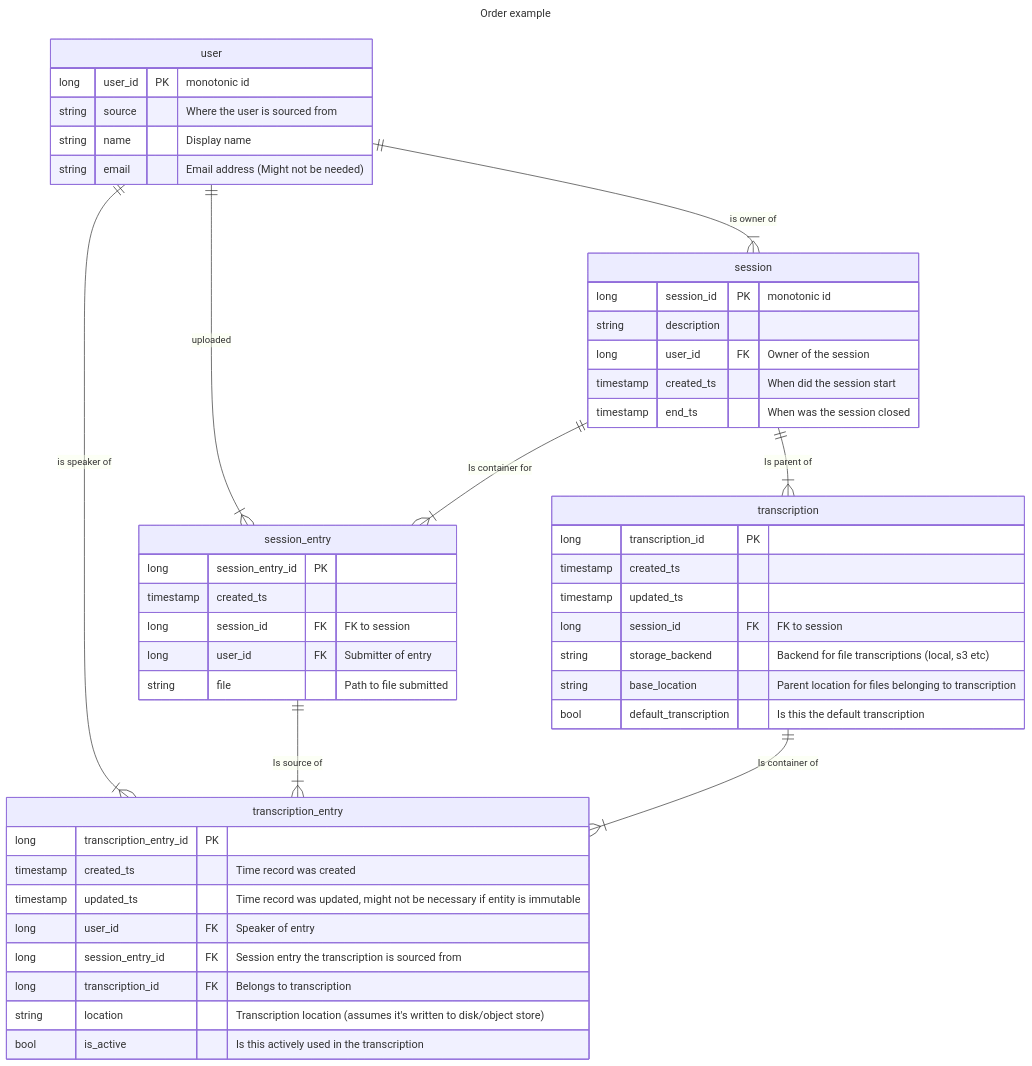
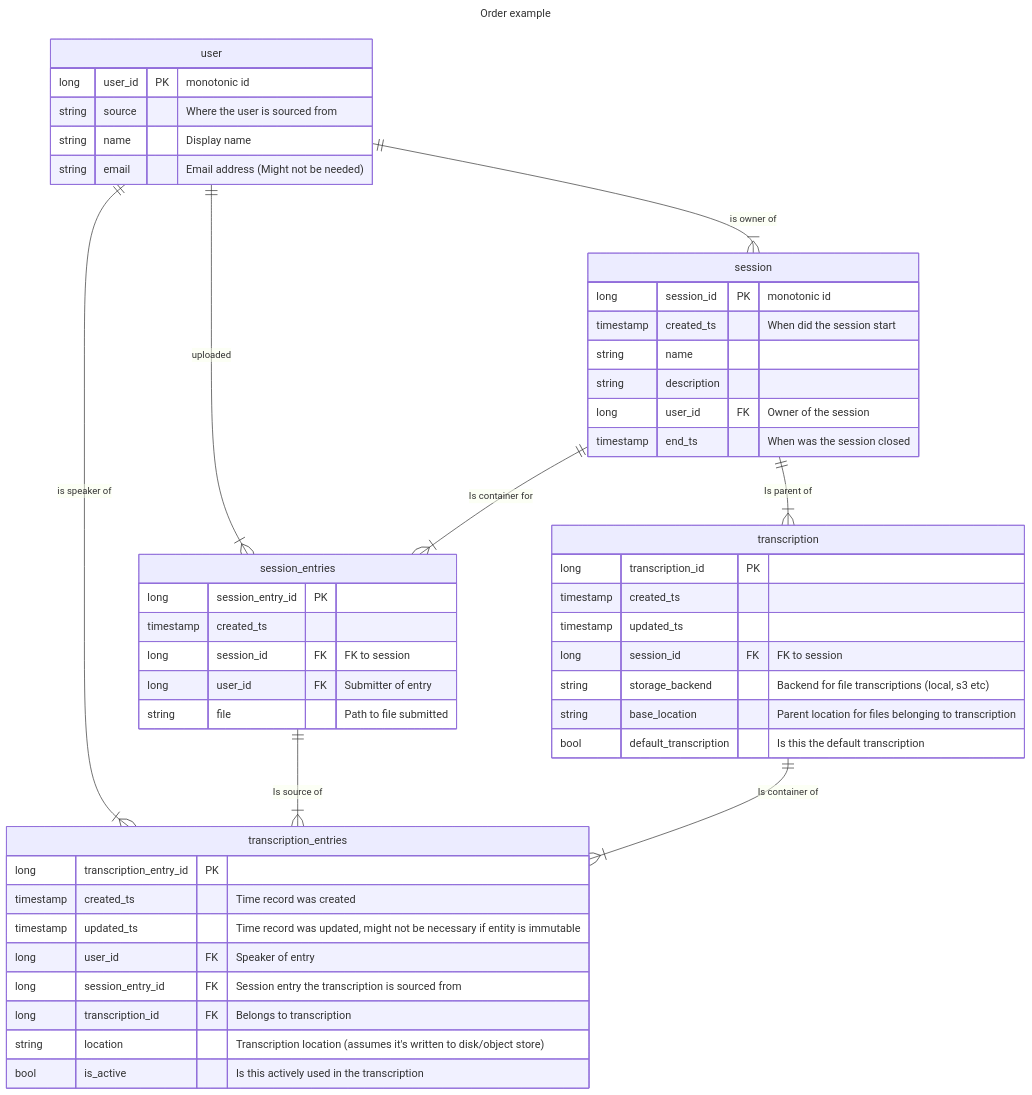
Before and after one commit to Dakarun/scribe: the first of 4 diagrams in README.md, drawn with Mermaid. The commit also changed other lines of this file and 2 other files, not shown here.

Commit message:
Update DDL

````diff
--- a/README.md
+++ b/README.md
@@ -33,60 +33,61 @@
 ```mermaid
 ---
 title: Order example
 ---
 erDiagram
     user ||--|{ session : "is owner of"
-    user ||--|{ session_entry : uploaded
-    user ||--|{ transcription_entry : "is speaker of"
+    user ||--|{ session_entries : uploaded
+    user ||--|{ transcription_entries : "is speaker of"
     
-    session ||--|{ session_entry : "Is container for"
+    session ||--|{ session_entries : "Is container for"
     session ||--|{ transcription : "Is parent of"
     
-    session_entry ||--|{ transcription_entry : "Is source of"
+    session_entries ||--|{ transcription_entries : "Is source of"
     
-    transcription ||--|{ transcription_entry : "Is container of"
+    transcription ||--|{ transcription_entries : "Is container of"
     
     user {
         long user_id PK "monotonic id"
         string source "Where the user is sourced from"
         string name "Display name"
         string email "Email address (Might not be needed)"
     }
     
     session {
         long session_id PK "monotonic id"
+        timestamp created_ts "When did the session start"
+        string name
         string description
         long user_id FK "Owner of the session"
-        timestamp created_ts "When did the session start"
         timestamp end_ts "When was the session closed"
     }
     
-    session_entry {
+    session_entries {
         long session_entry_id PK
         timestamp created_ts
         long session_id FK "FK to session"
         long user_id FK "Submitter of entry"
         string file "Path to file submitted"
     }
     
     transcription {
         long transcription_id PK
         timestamp created_ts
         timestamp updated_ts
         long session_id FK "FK to session"
         string storage_backend "Backend for file transcriptions (local, s3 etc)"
         string base_location "Parent location for files belonging to transcription"
         bool default_transcription "Is this the default transcription"
     }
     
-    transcription_entry {
+    transcription_entries {
         long transcription_entry_id PK
         timestamp created_ts "Time record was created"
         timestamp updated_ts "Time record was updated, might not be necessary if entity is immutable"
         long user_id FK "Speaker of entry"
         long session_entry_id FK "Session entry the transcription is sourced from"
         long transcription_id FK "Belongs to transcription"
         string location "Transcription location (assumes it's written to disk/object store)"
         bool is_active "Is this actively used in the transcription"
     }
 ```
````
